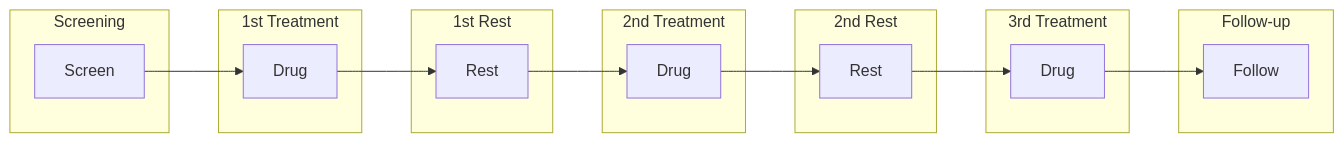
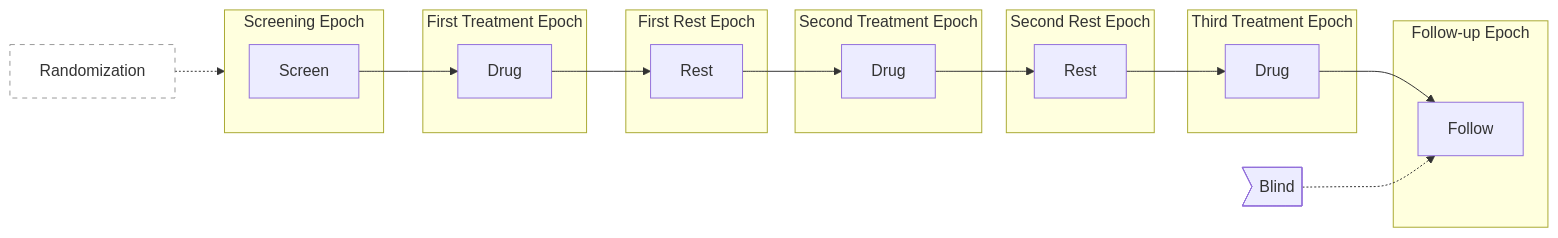
One commit to hakupao/sdtm-pedia changed the eighth of 24 diagrams in knowledge_base/domains/TA/examples.md. Above: the diagram before and after it, drawn with Mermaid. The commit also changed other lines of this file and 12 other files, not shown here.

First line of the commit message:
fix(kb): Tier B batch B-TA — TA narratives restored + 24 Mermaid vs PDF figures (PASS after 3 attempts; local)

````diff
--- a/knowledge_base/domains/TA/examples.md
+++ b/knowledge_base/domains/TA/examples.md
@@ -197,25 +292,28 @@
 ```mermaid
 graph LR
-    subgraph SE["Screening"]
+    subgraph SE["Screening Epoch"]
         S[Screen]
     end
-    subgraph T1["1st Treatment"]
+    subgraph T1["First Treatment Epoch"]
         D1[Drug]
     end
-    subgraph W1["1st Rest"]
+    subgraph W1["First Rest Epoch"]
         R1[Rest]
     end
-    subgraph T2["2nd Treatment"]
+    subgraph T2["Second Treatment Epoch"]
         D2[Drug]
     end
-    subgraph W2["2nd Rest"]
+    subgraph W2["Second Rest Epoch"]
         R2[Rest]
     end
-    subgraph T3["3rd Treatment"]
+    subgraph T3["Third Treatment Epoch"]
         D3[Drug]
     end
-    subgraph FU["Follow-up"]
+    subgraph FU["Follow-up Epoch"]
         F[Follow]
     end
     S --> D1 --> R1 --> D2 --> R2 --> D3 --> F
+    armX>"Blind"] -.-> F
+    rand["Randomization"] -.-> SE
+    style rand fill:#fff,stroke:#999,stroke-dasharray:5 5
 ```
````
